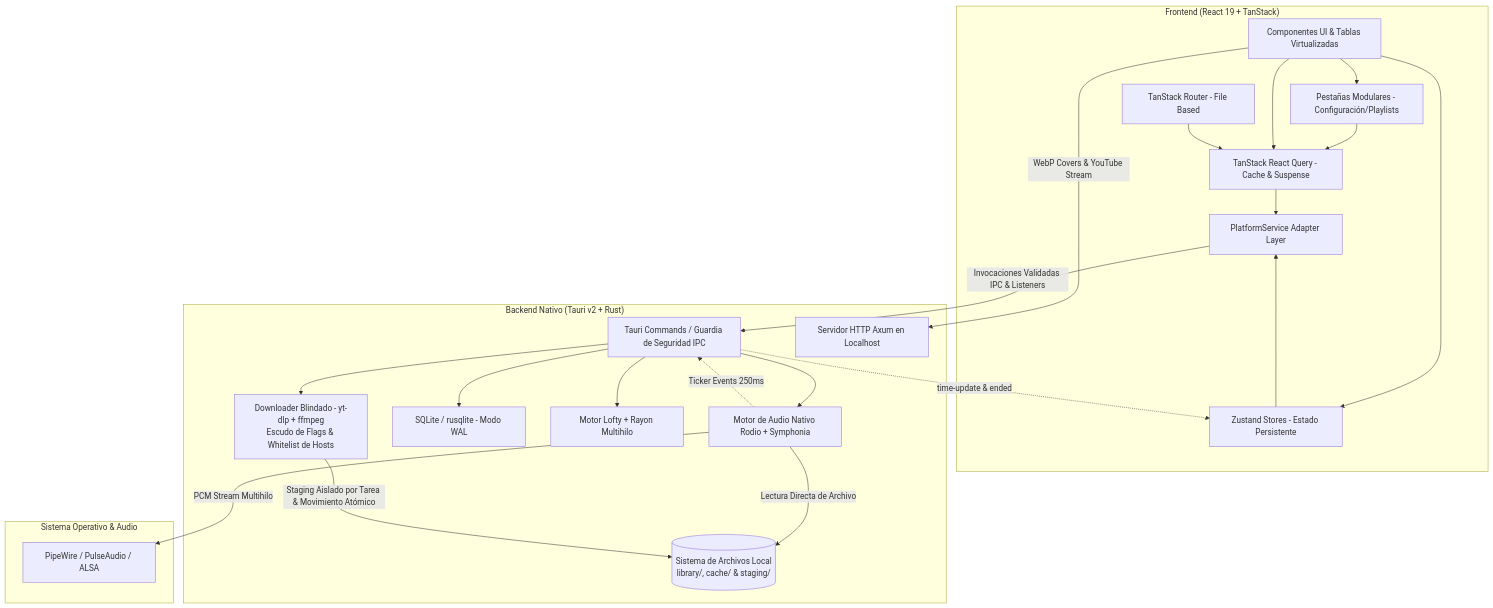
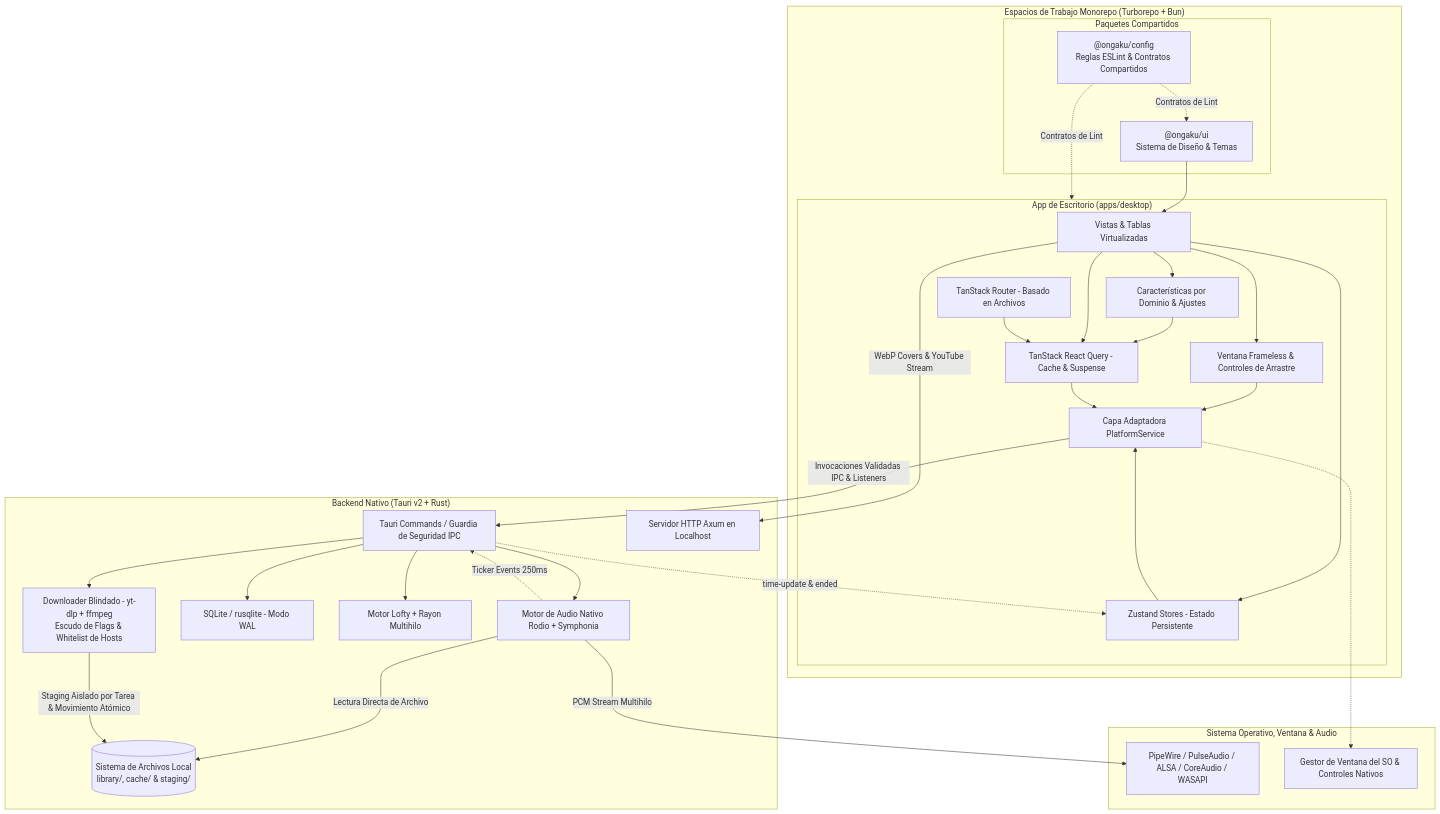
Before and after one commit to miguedev1047/ongaku: the diagram in docs/es/rendimiento.md, drawn with Mermaid. The commit also changed other lines of this file and 4 other files, not shown here.

First line of the commit message:
docs: update architecture and guides for monorepo and frameless controls

````diff
--- a/docs/es/rendimiento.md
+++ b/docs/es/rendimiento.md
@@ -11,44 +11,59 @@
 ```mermaid
 graph TD
-    subgraph Frontend ["Frontend (React 19 + TanStack)"]
-        UI[Componentes UI & Tablas Virtualizadas]
-        TABS[Pestañas Modulares - Configuración/Playlists]
-        TR[TanStack Router - File Based]
-        TQ[TanStack React Query - Cache & Suspense]
-        ZS[Zustand Stores - Estado Persistente]
-        ADAPT[PlatformService Adapter Layer]
+    subgraph Monorepo ["Espacios de Trabajo Monorepo (Turborepo + Bun)"]
+        subgraph Packages ["Paquetes Compartidos"]
+            UIKIT["@ongaku/ui\nSistema de Diseño & Temas"]
+            CONF["@ongaku/config\nReglas ESLint & Contratos Compartidos"]
+        end
+
+        subgraph DesktopApp ["App de Escritorio (apps/desktop)"]
+            UI[Vistas & Tablas Virtualizadas]
+            TABS[Características por Dominio & Ajustes]
+            WIN[Ventana Frameless & Controles de Arrastre]
+            TR[TanStack Router - Basado en Archivos]
+            TQ[TanStack React Query - Cache & Suspense]
+            ZS[Zustand Stores - Estado Persistente]
+            ADAPT[Capa Adaptadora PlatformService]
+        end
     end
 
     subgraph Backend ["Backend Nativo (Tauri v2 + Rust)"]
         CMD[Tauri Commands / Guardia de Seguridad IPC]
         RODIO[Motor de Audio Nativo Rodio + Symphonia]
         AXUM[Servidor HTTP Axum en Localhost]
         SQL[SQLite / rusqlite - Modo WAL]
         META[Motor Lofty + Rayon Multihilo]
         POOL[Downloader Blindado - yt-dlp + ffmpeg\nEscudo de Flags & Whitelist de Hosts]
         FS[("Sistema de Archivos Local\nlibrary/, cache/ & staging/")]
     end
 
-    subgraph OS ["Sistema Operativo & Audio"]
-        AUDIO[PipeWire / PulseAudio / ALSA]
+    subgraph OS ["Sistema Operativo, Ventana & Audio"]
+        AUDIO[PipeWire / PulseAudio / ALSA / CoreAudio / WASAPI]
+        WND[Gestor de Ventana del SO & Controles Nativos]
     end
 
+    UIKIT --> UI
+    CONF -.->|Contratos de Lint| DesktopApp
+    CONF -.->|Contratos de Lint| UIKIT
     UI --> TABS
+    UI --> WIN
+    WIN --> ADAPT
+    ADAPT -.-> WND
     TABS --> TQ
     UI --> TQ
     UI --> ZS
     TR --> TQ
     TQ --> ADAPT
     ZS --> ADAPT
     ADAPT -->|Invocaciones Validadas IPC & Listeners| CMD
     UI -->|WebP Covers & YouTube Stream| AXUM
     CMD --> RODIO
     CMD --> SQL
     CMD --> META
     CMD --> POOL
     RODIO -->|Lectura Directa de Archivo| FS
     POOL -->|Staging Aislado por Tarea & Movimiento Atómico| FS
     RODIO -->|PCM Stream Multihilo| AUDIO
     RODIO -.->|Ticker Events 250ms| CMD
     CMD -.->|time-update & ended| ZS
 ```
````
